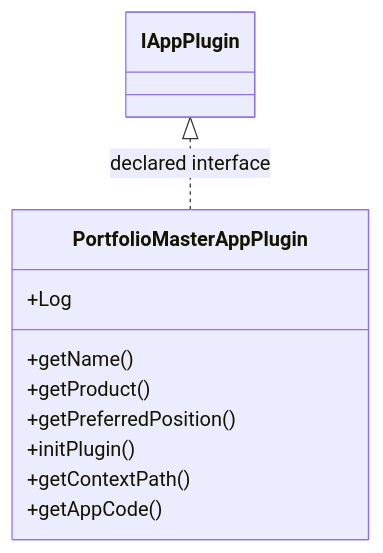
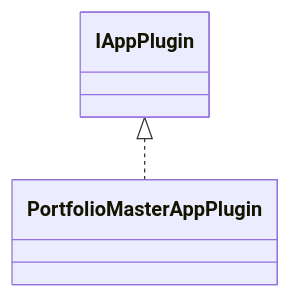
The diagram in docs/sqx/PortfolioMaster/AppPortfolioMaster.md (haruperi/HaruQuantAI), drawn with Mermaid before and after one commit. The commit also changed other lines of this file and 1688 other files, not shown here.

````diff
--- a/docs/sqx/PortfolioMaster/AppPortfolioMaster.md
+++ b/docs/sqx/PortfolioMaster/AppPortfolioMaster.md
@@ -30,14 +26,6 @@
 ```mermaid
 classDiagram
-    class Ccddbabc8914d["PortfolioMasterAppPlugin"] {
-        +Log
-        +getName()
-        +getProduct()
-        +getPreferredPosition()
-        +initPlugin()
-        +getContextPath()
-        +getAppCode()
-    }
-    class C71ae2af47347["IAppPlugin"]
-    C71ae2af47347 <|.. Ccddbabc8914d : declared interface
+    class C0["PortfolioMasterAppPlugin"]
+    class E0["IAppPlugin"]
+    E0 <|.. C0
 ```
````
